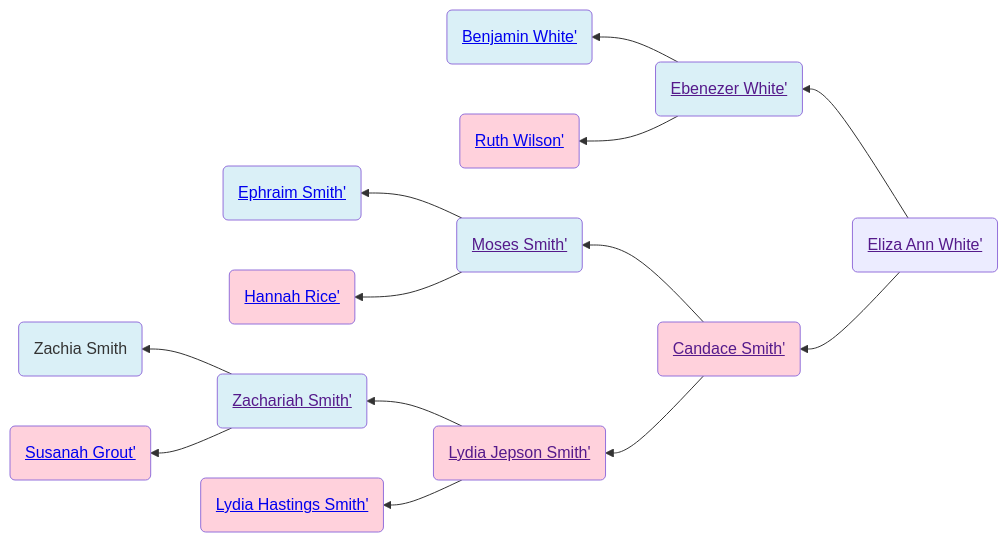
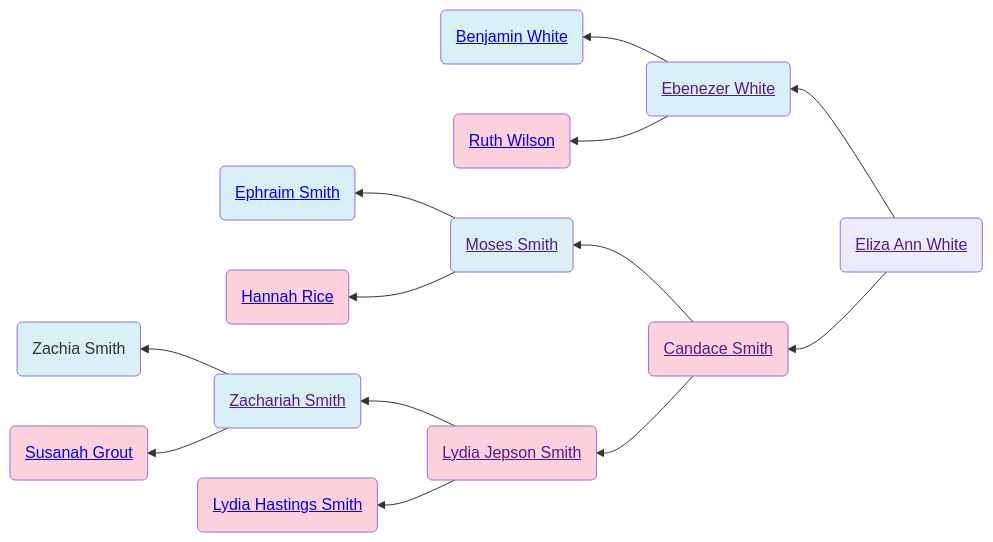
The diagram in familyhistory/sources/people/Merrill-line/White-line/Eliza_Ann_White.qmd (neelsmith/avocational), drawn with Mermaid before and after one commit. The commit also changed 96 other files, not shown here.

````diff
--- a/familyhistory/sources/people/Merrill-line/White-line/Eliza_Ann_White.qmd
+++ b/familyhistory/sources/people/Merrill-line/White-line/Eliza_Ann_White.qmd
@@ -19,32 +19,32 @@
 ```{mermaid}
 graph RL
 %% RL ancestor diagram
-Eliza_Ann_White(<a href=''>Eliza Ann White'</>) -->  Ebenezer_White(<a href='./Ebenezer_White.html'>Ebenezer White'</>)
-Ebenezer_White(<a href=''>Ebenezer White'</>) -->  Benjamin_White(<a href='./Benjamin_White.html'>Benjamin White'</>)
+Eliza_Ann_White(<a href=''>Eliza Ann White</a>) -->  Ebenezer_White(<a href='./Ebenezer_White.html'>Ebenezer White</a>)
+Ebenezer_White(<a href=''>Ebenezer White</a>) -->  Benjamin_White(<a href='./Benjamin_White.html'>Benjamin White</a>)
 class Benjamin_White father
-Ebenezer_White(<a href=''>Ebenezer White'</>)  --> Ruth_Wilson(<a href='./Wilson-line/Ruth_Wilson.html'>Ruth Wilson'</>)
+Ebenezer_White(<a href=''>Ebenezer White</a>)  --> Ruth_Wilson(<a href='./Wilson-line/Ruth_Wilson.html'>Ruth Wilson</a>)
 class Ruth_Wilson mother
 class Ebenezer_White father
-Eliza_Ann_White(<a href=''>Eliza Ann White'</>)  --> Candace_Smith(<a href='./Candace-Smith-line/Candace_Smith.html'>Candace Smith'</>)
-Candace_Smith(<a href=''>Candace Smith'</>) -->  Moses_Smith(<a href='./../../../Moses_Smith_connections/Moses_Smith.html'>Moses Smith'</>)
-Moses_Smith(<a href=''>Moses Smith'</>) -->  Ephraim_Smith(<a href='./../Merrill-line/White-line/Candace-Smith-line/Ephraim_Smith.html'>Ephraim Smith'</>)
+Eliza_Ann_White(<a href=''>Eliza Ann White</a>)  --> Candace_Smith(<a href='./Candace-Smith-line/Candace_Smith.html'>Candace Smith</a>)
+Candace_Smith(<a href=''>Candace Smith</a>) -->  Moses_Smith(<a href='./../../../Moses_Smith_connections/Moses_Smith.html'>Moses Smith</a>)
+Moses_Smith(<a href=''>Moses Smith</a>) -->  Ephraim_Smith(<a href='./../Merrill-line/White-line/Candace-Smith-line/Ephraim_Smith.html'>Ephraim Smith</a>)
 class Ephraim_Smith father
-Moses_Smith(<a href=''>Moses Smith'</>)  --> Hannah_Rice(<a href='./../Merrill-line/White-line/Candace-Smith-line/Hannah_Rice.html'>Hannah Rice'</>)
+Moses_Smith(<a href=''>Moses Smith</a>)  --> Hannah_Rice(<a href='./../Merrill-line/White-line/Candace-Smith-line/Hannah_Rice.html'>Hannah Rice</a>)
 class Hannah_Rice mother
 class Moses_Smith father
-Candace_Smith(<a href=''>Candace Smith'</>)  --> Lydia_Jepson_Smith(<a href='./Lydia_Jepson_Smith.html'>Lydia Jepson Smith'</>)
-Lydia_Jepson_Smith(<a href=''>Lydia Jepson Smith'</>) -->  Zachariah_Smith(<a href='./Zachariah_Smith.html'>Zachariah Smith'</>)
-Zachariah_Smith(<a href=''>Zachariah Smith'</>) -->  Zachia_Smith(Zachia Smith)
+Candace_Smith(<a href=''>Candace Smith</a>)  --> Lydia_Jepson_Smith(<a href='./Lydia_Jepson_Smith.html'>Lydia Jepson Smith</a>)
+Lydia_Jepson_Smith(<a href=''>Lydia Jepson Smith</a>) -->  Zachariah_Smith(<a href='./Zachariah_Smith.html'>Zachariah Smith</a>)
+Zachariah_Smith(<a href=''>Zachariah Smith</a>) -->  Zachia_Smith(Zachia Smith)
 class Zachia_Smith father
-Zachariah_Smith(<a href=''>Zachariah Smith'</>)  --> Susanah_Grout(<a href='./../../Susanah_Grout.html'>Susanah Grout'</>)
+Zachariah_Smith(<a href=''>Zachariah Smith</a>)  --> Susanah_Grout(<a href='./../../Susanah_Grout.html'>Susanah Grout</a>)
 class Susanah_Grout mother
 class Zachariah_Smith father
-Lydia_Jepson_Smith(<a href=''>Lydia Jepson Smith'</>)  --> Lydia_Hastings_Smith(<a href='./Lydia_Hastings_Smith.html'>Lydia Hastings Smith'</>)
+Lydia_Jepson_Smith(<a href=''>Lydia Jepson Smith</a>)  --> Lydia_Hastings_Smith(<a href='./Lydia_Hastings_Smith.html'>Lydia Hastings Smith</a>)
 class Lydia_Hastings_Smith mother
 class Lydia_Jepson_Smith mother
 class Candace_Smith mother
 classDef mother fill:#ffd1dc
 classDef father fill:#daf0f7  
 classDef marriage fill:#ffffff
 
 ```
````
